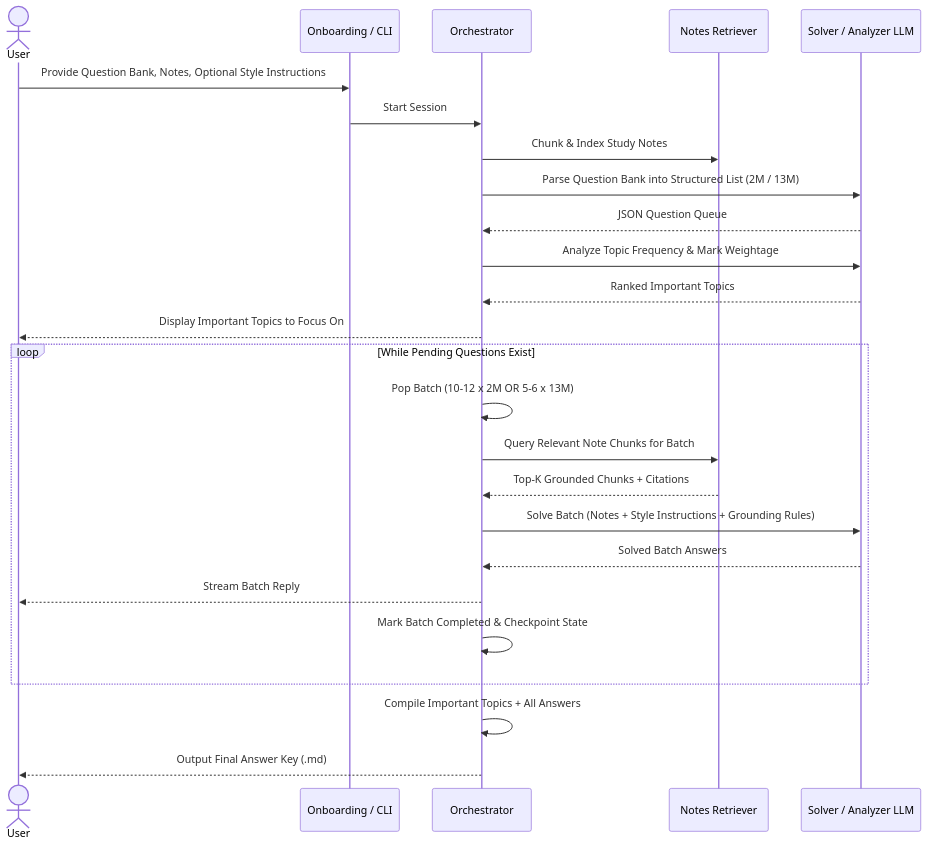
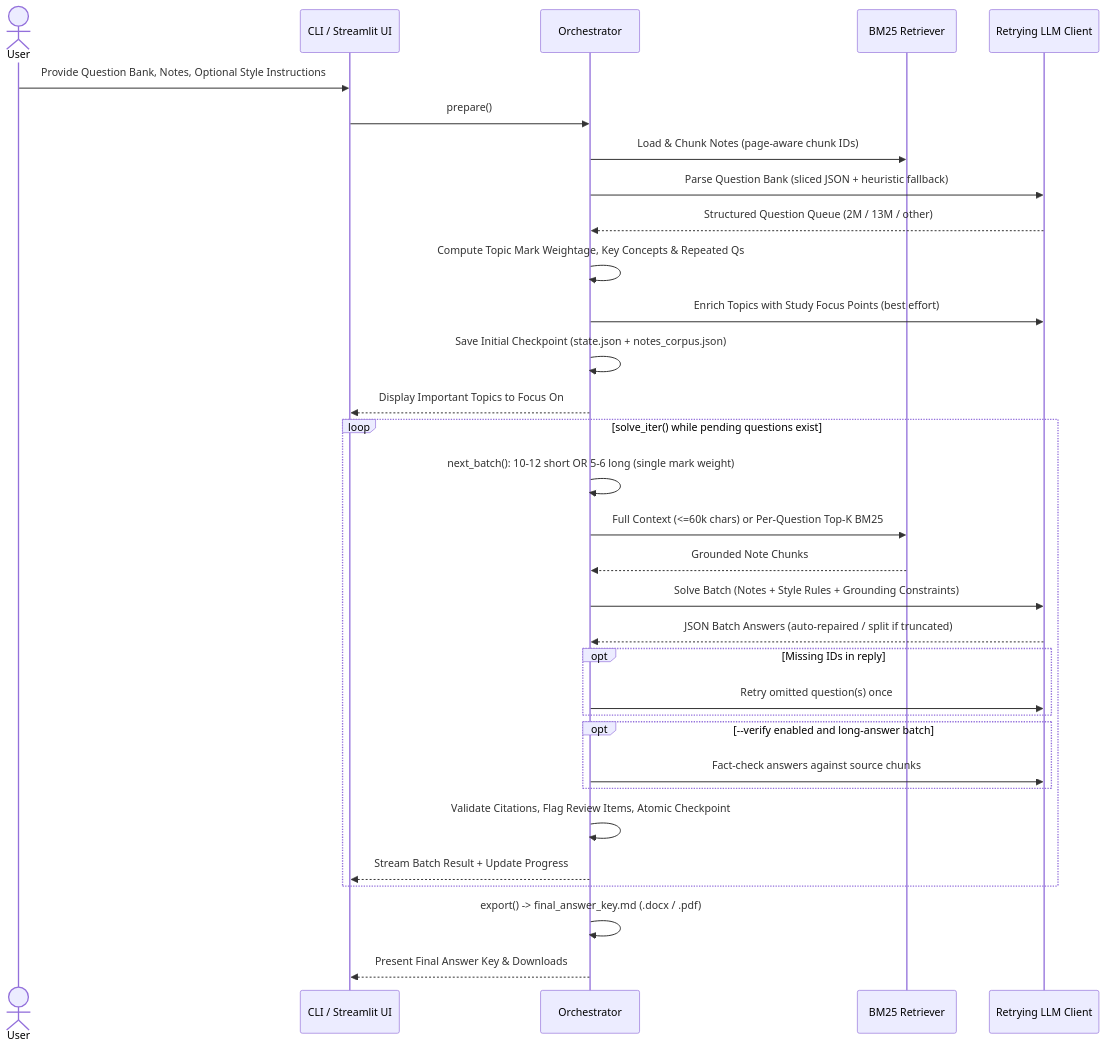
One commit to dprincepiriyan/autonomous_question_bank changed the diagram in docs/WORKFLOW.md. Above: the diagram before and after it, drawn with Mermaid. The commit also changed other lines of this file and 27 other files, not shown here.

Commit message:
Complete full app: Streamlit UI, resume, retry/JSON-repair, verifier, DOCX/PDF export, and 36 tests

````diff
--- a/docs/WORKFLOW.md
+++ b/docs/WORKFLOW.md
@@ -9,31 +9,38 @@
 ```mermaid
 sequenceDiagram
     actor User
-    participant CLI as Onboarding / CLI
+    participant UI as CLI / Streamlit UI
     participant Orch as Orchestrator
-    participant Ret as Notes Retriever
-    participant LLM as Solver / Analyzer LLM
+    participant Ret as BM25 Retriever
+    participant LLM as Retrying LLM Client
 
-    User->>CLI: Provide Question Bank, Notes, Optional Style Instructions
-    CLI->>Orch: Start Session
-    Orch->>Ret: Chunk & Index Study Notes
-    Orch->>LLM: Parse Question Bank into Structured List (2M / 13M)
-    LLM-->>Orch: JSON Question Queue
+    User->>UI: Provide Question Bank, Notes, Optional Style Instructions
+    UI->>Orch: prepare()
+    Orch->>Ret: Load & Chunk Notes (page-aware chunk IDs)
+    Orch->>LLM: Parse Question Bank (sliced JSON + heuristic fallback)
+    LLM-->>Orch: Structured Question Queue (2M / 13M / other)
 
-    Orch->>LLM: Analyze Topic Frequency & Mark Weightage
-    LLM-->>Orch: Ranked Important Topics
-    Orch-->>User: Display Important Topics to Focus On
+    Orch->>Orch: Compute Topic Mark Weightage, Key Concepts & Repeated Qs
+    Orch->>LLM: Enrich Topics with Study Focus Points (best effort)
+    Orch->>Orch: Save Initial Checkpoint (state.json + notes_corpus.json)
+    Orch-->>UI: Display Important Topics to Focus On
 
-    loop While Pending Questions Exist
-        Orch->>Orch: Pop Batch (10-12 x 2M OR 5-6 x 13M)
-        Orch->>Ret: Query Relevant Note Chunks for Batch
-        Ret-->>Orch: Top-K Grounded Chunks + Citations
-        Orch->>LLM: Solve Batch (Notes + Style Instructions + Grounding Rules)
-        LLM-->>Orch: Solved Batch Answers
-        Orch-->>User: Stream Batch Reply
-        Orch->>Orch: Mark Batch Completed & Checkpoint State
+    loop solve_iter() while pending questions exist
+        Orch->>Orch: next_batch(): 10-12 short OR 5-6 long (single mark weight)
+        Orch->>Ret: Full Context (<=60k chars) or Per-Question Top-K BM25
+        Ret-->>Orch: Grounded Note Chunks
+        Orch->>LLM: Solve Batch (Notes + Style Rules + Grounding Constraints)
+        LLM-->>Orch: JSON Batch Answers (auto-repaired / split if truncated)
+        opt Missing IDs in reply
+            Orch->>LLM: Retry omitted question(s) once
+        end
+        opt --verify enabled and long-answer batch
+            Orch->>LLM: Fact-check answers against source chunks
+        end
+        Orch->>Orch: Validate Citations, Flag Review Items, Atomic Checkpoint
+        Orch-->>UI: Stream Batch Result + Update Progress
     end
 
-    Orch->>Orch: Compile Important Topics + All Answers
-    Orch-->>User: Output Final Answer Key (.md)
+    Orch->>Orch: export() -> final_answer_key.md (.docx / .pdf)
+    Orch-->>UI: Present Final Answer Key & Downloads
 ```
````
